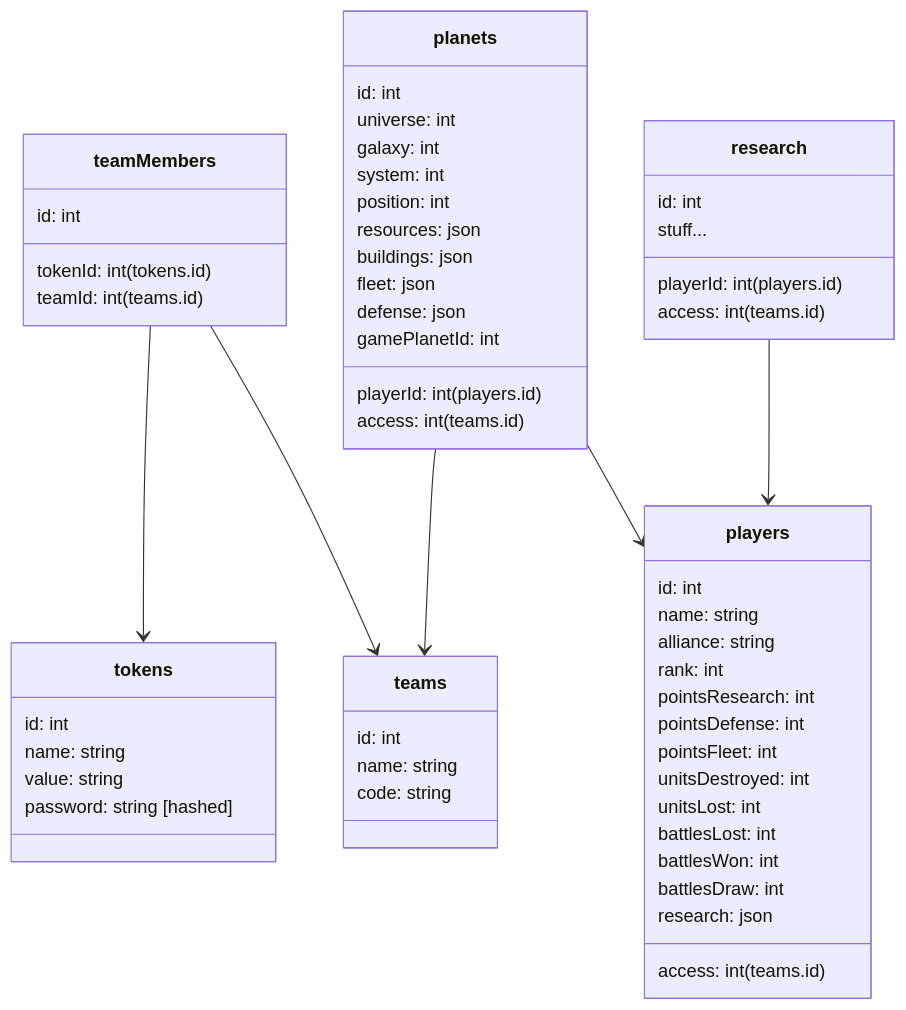
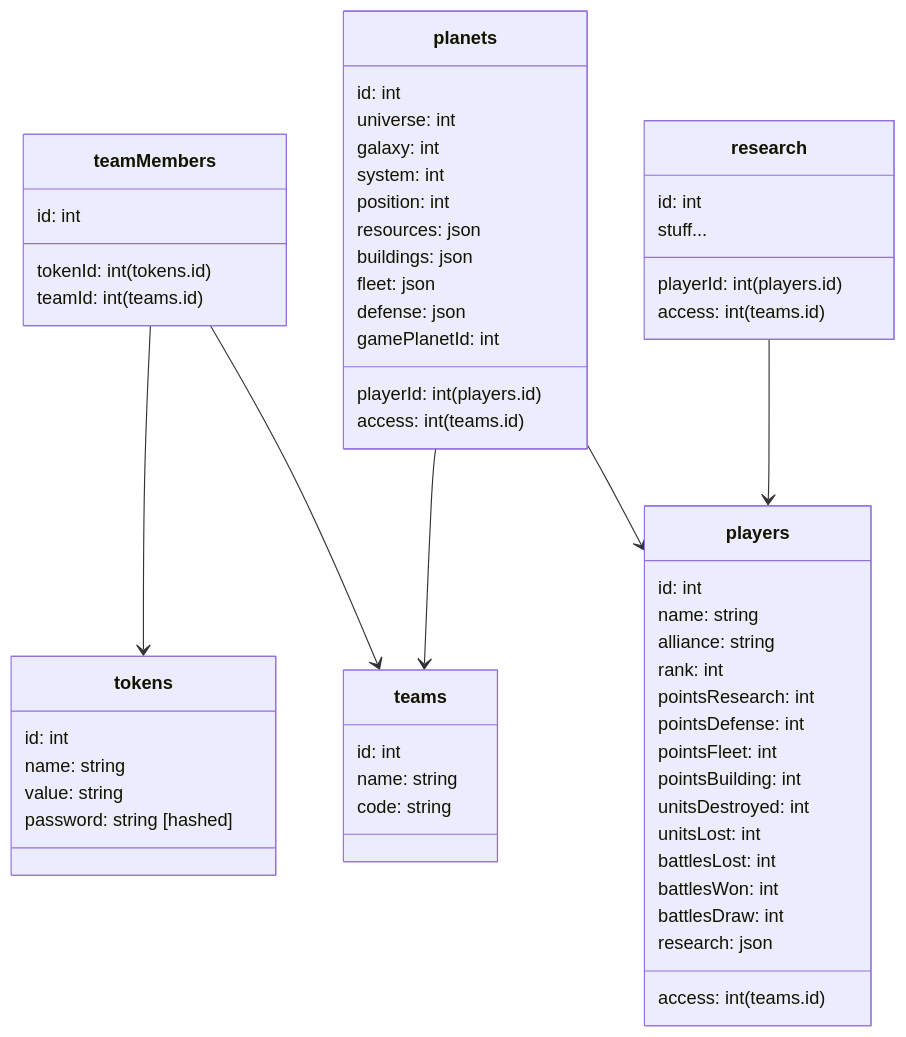
One commit to anoff/teamview changed the diagram in readme.md. Above: the diagram before and after it, drawn with Mermaid.

Commit message:
add pointsbuilding to docs

````diff
--- a/readme.md
+++ b/readme.md
@@ -29,60 +29,61 @@
 ```mermaid
 classDiagram
   teamMembers --> teams
   teamMembers --> tokens
   planets --> players
   planets --> teams
   research --> players
   class tokens {
     id: int
     name: string
     value: string
     password: string [hashed]
   }
   class teams {
     id: int
     name: string
     code: string
   }
   class teamMembers {
     id: int
     tokenId: int (tokens.id)
     teamId: int (teams.id)
   }
   class planets {
     id: int
     universe: int
     galaxy: int
     system: int
     position: int
     resources: json
     buildings: json
     fleet: json
     defense: json
     gamePlanetId: int
     playerId: int (players.id)
     access: int (teams.id)
   }
   class players {
     id: int
     name: string
     alliance: string
     rank: int
     pointsResearch: int
     pointsDefense: int
     pointsFleet: int
+    pointsBuilding: int
     unitsDestroyed: int
     unitsLost: int
     battlesLost: int
     battlesWon: int
     battlesDraw: int
     research: json
     access: int (teams.id)
   }
   class research {
     id: int
     stuff...
     playerId: int (players.id)
     access: int (teams.id)
   }
 ```
````
